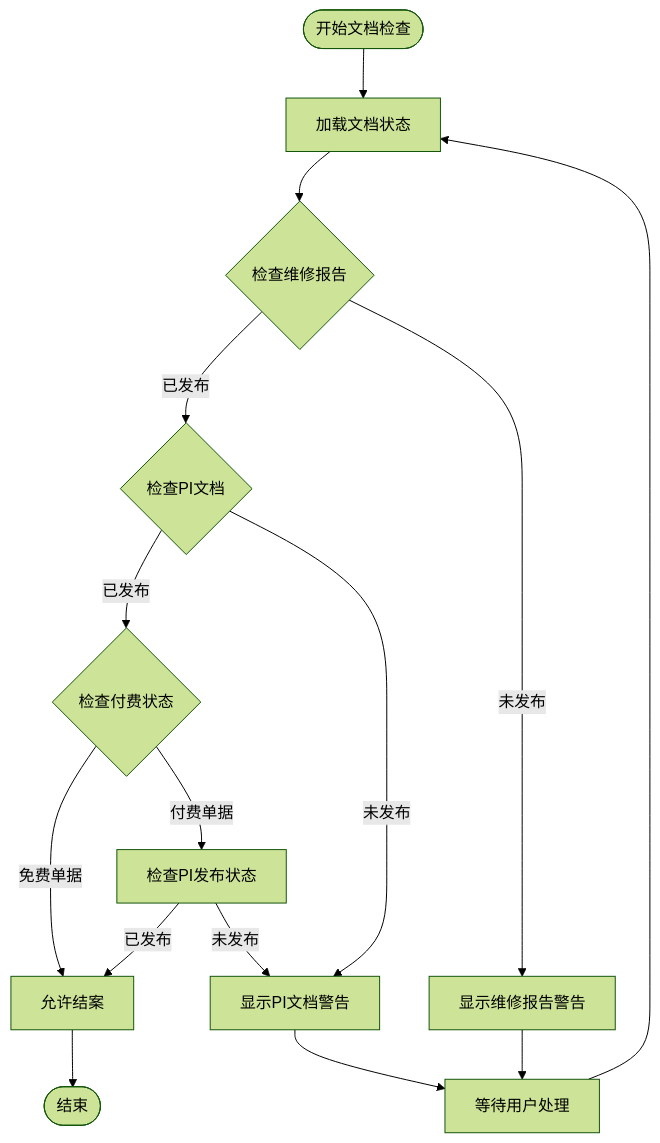
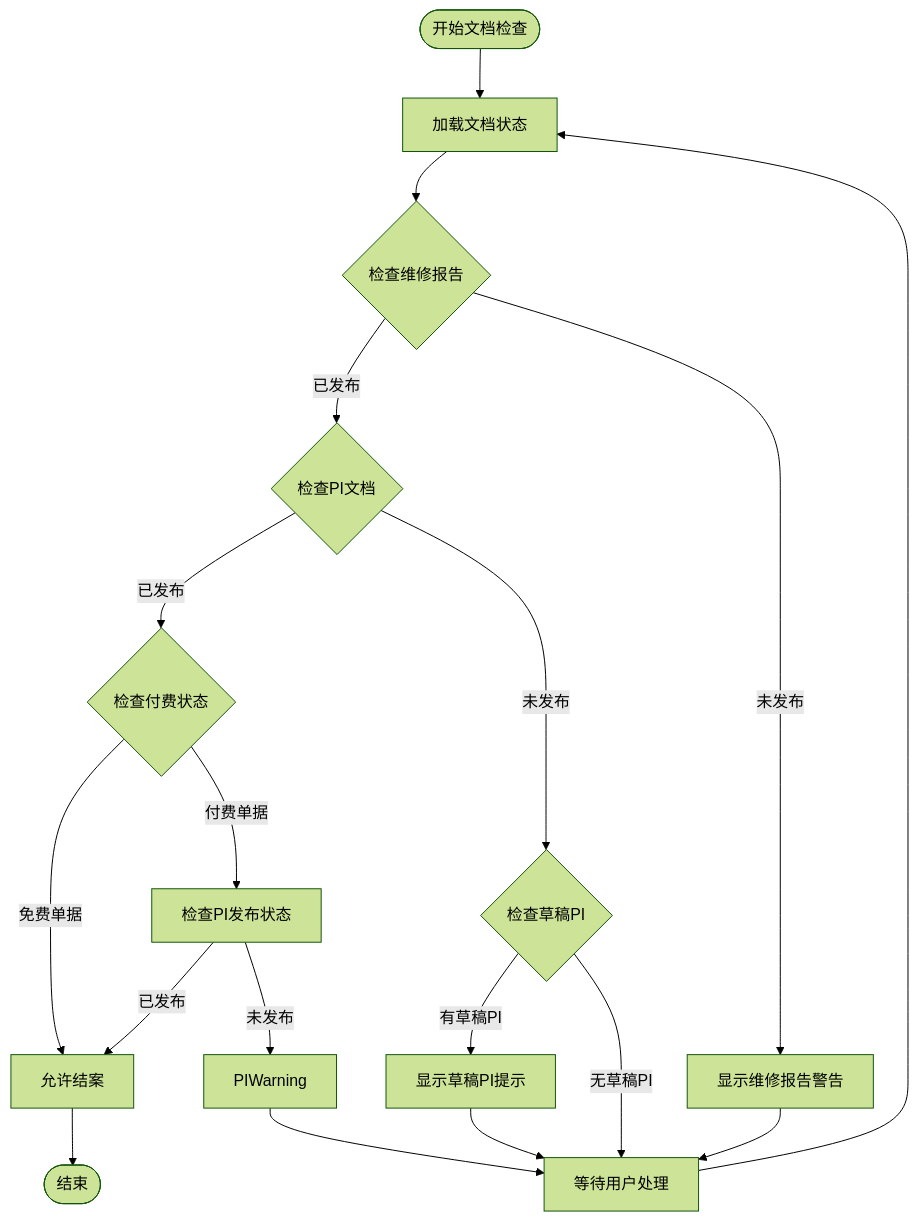
Before and after one commit to CubeEdge/Longhorn: the third of 8 diagrams in .qoder/repowiki/zh/content/前端组件架构/服务工作流增强/结案交接模态框.md, drawn with Mermaid (forest theme). The commit also changed other lines of this file and 26 other files, not shown here.

````diff
--- a/.qoder/repowiki/zh/content/前端组件架构/服务工作流增强/结案交接模态框.md
+++ b/.qoder/repowiki/zh/content/前端组件架构/服务工作流增强/结案交接模态框.md
@@ -143,17 +148,20 @@
 ```mermaid
 flowchart TD
 Start([开始文档检查]) --> LoadDocs[加载文档状态]
 LoadDocs --> CheckRR{检查维修报告}
 CheckRR --> |已发布| CheckPI{检查PI文档}
 CheckRR --> |未发布| RRWarning[显示维修报告警告]
 CheckPI --> |已发布| CheckPaid{检查付费状态}
-CheckPI --> |未发布| PIWarning[显示PI文档警告]
+CheckPI --> |未发布| CheckDraftPI{检查草稿PI}
+CheckDraftPI --> |有草稿PI| DraftPIWarning[显示草稿PI提示]
+CheckDraftPI --> |无草稿PI| WaitAction[等待用户处理]
+DraftPIWarning --> WaitAction
+RRWarning --> WaitAction
 CheckPaid --> |免费单据| CanConfirm[允许结案]
 CheckPaid --> |付费单据| CheckPIStatus[检查PI发布状态]
 CheckPIStatus --> |已发布| CanConfirm
 CheckPIStatus --> |未发布| PIWarning
-RRWarning --> WaitAction[等待用户处理]
 PIWarning --> WaitAction
 WaitAction --> LoadDocs
 CanConfirm --> End([结束])
 ```
````
